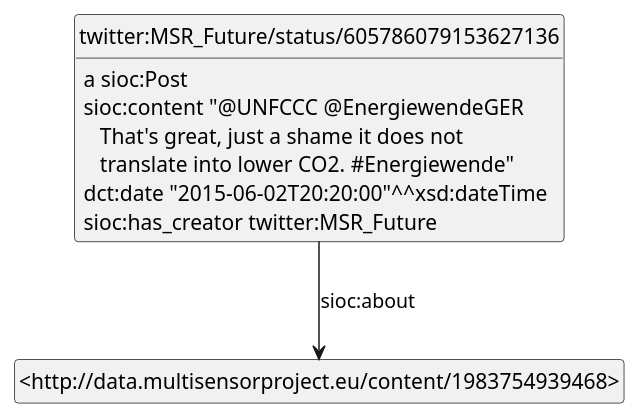
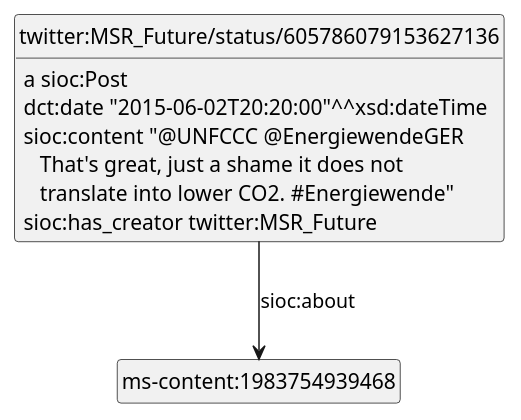
The diagram in Multisensor/img/SMAP-tweet.puml (gerardbdn/VladimirAlexiev.github.io), drawn with PlantUML before and after one commit. The commit also changed 33 other files, not shown here.

```diff
--- a/Multisensor/img/SMAP-tweet.puml
+++ b/Multisensor/img/SMAP-tweet.puml
@@ -1,13 +1,13 @@
 @startuml
 hide empty methods
 hide empty attributes
 hide circle
 skinparam classAttributeIconSize 0
 class twitter_MSR_Future_status_605786079153627136 as "twitter:MSR_Future/status/605786079153627136"
 twitter_MSR_Future_status_605786079153627136 : a sioc:Post
-class _http___data_multisensorproject_eu_content_1983754939468_ as "<http://data.multisensorproject.eu/content/1983754939468>"
-twitter_MSR_Future_status_605786079153627136 --> _http___data_multisensorproject_eu_content_1983754939468_ : sioc:about
+class ms_content_1983754939468 as "ms-content:1983754939468"
+twitter_MSR_Future_status_605786079153627136 --> ms_content_1983754939468 : sioc:about
+twitter_MSR_Future_status_605786079153627136 : dct:date "2015-06-02T20:20:00"^^xsd:dateTime
 twitter_MSR_Future_status_605786079153627136 : sioc:content "@UNFCCC @EnergiewendeGER\n   That's great, just a shame it does not\n   translate into lower CO2. #Energiewende"
-twitter_MSR_Future_status_605786079153627136 : dct:date "2015-06-02T20:20:00"^^xsd:dateTime
 twitter_MSR_Future_status_605786079153627136 : sioc:has_creator twitter:MSR_Future
 @enduml
```
